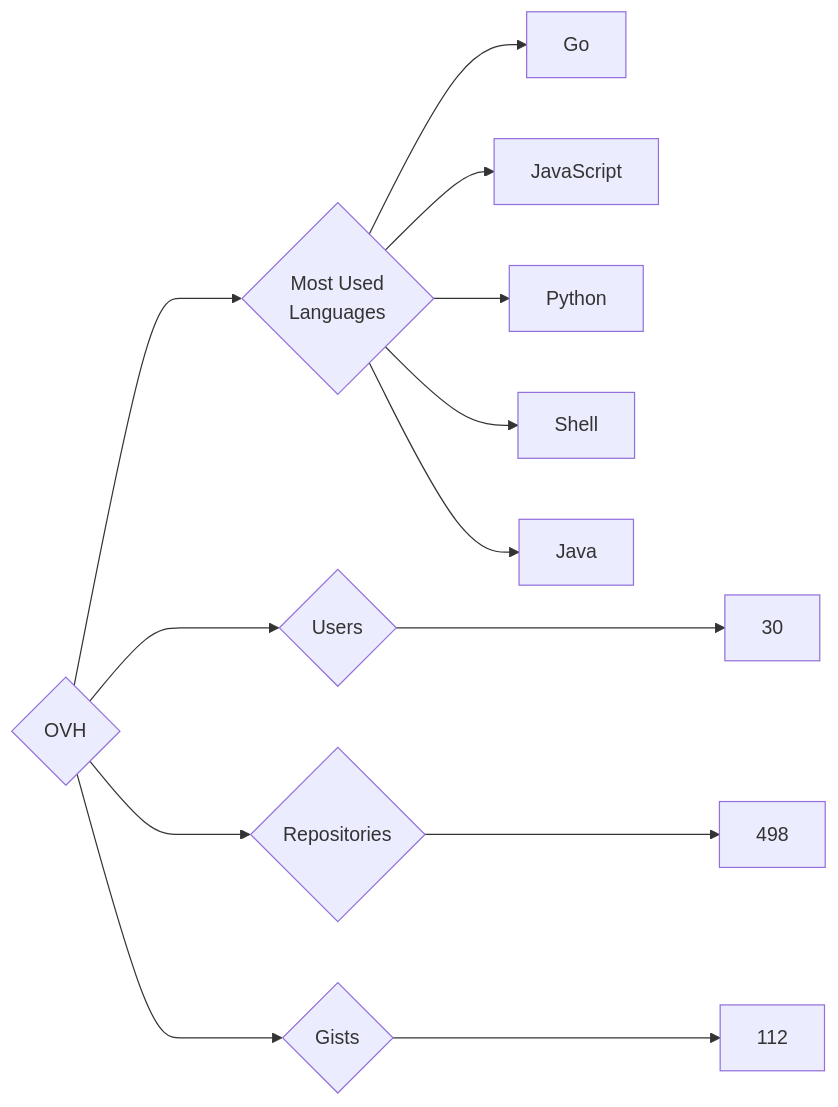
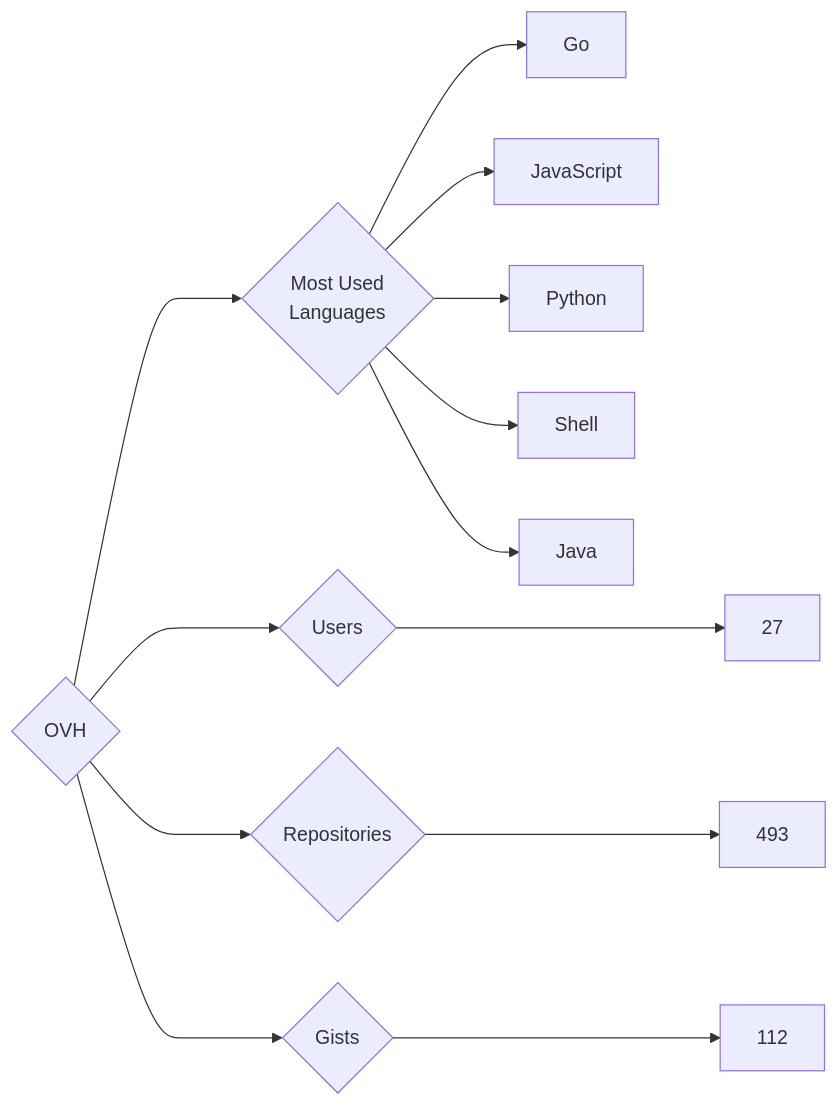
One commit to trickest/insiders changed the diagram in targets/OVH/README.md. Above: the diagram before and after it, drawn with Mermaid. The commit also changed 799 other files, not shown here.

````diff
--- a/targets/OVH/README.md
+++ b/targets/OVH/README.md
@@ -3,13 +3,13 @@
 ```mermaid
 graph LR
 COMPANY_NAME{OVH}
-COMPANY_NAME ---> U{Users} ---> UN[30]
-COMPANY_NAME ---> R{Repositories} ---> RN[498]
+COMPANY_NAME ---> U{Users} ---> UN[27]
+COMPANY_NAME ---> R{Repositories} ---> RN[493]
 COMPANY_NAME ---> G{Gists} ---> GN[112]
 COMPANY_NAME ---> ML{Most Used<br>Languages}
 ML --> Go[Go]
 ML --> JavaScript[JavaScript]
 ML --> Python[Python]
 ML --> Shell[Shell]
 ML --> Java[Java]
 ```
````
